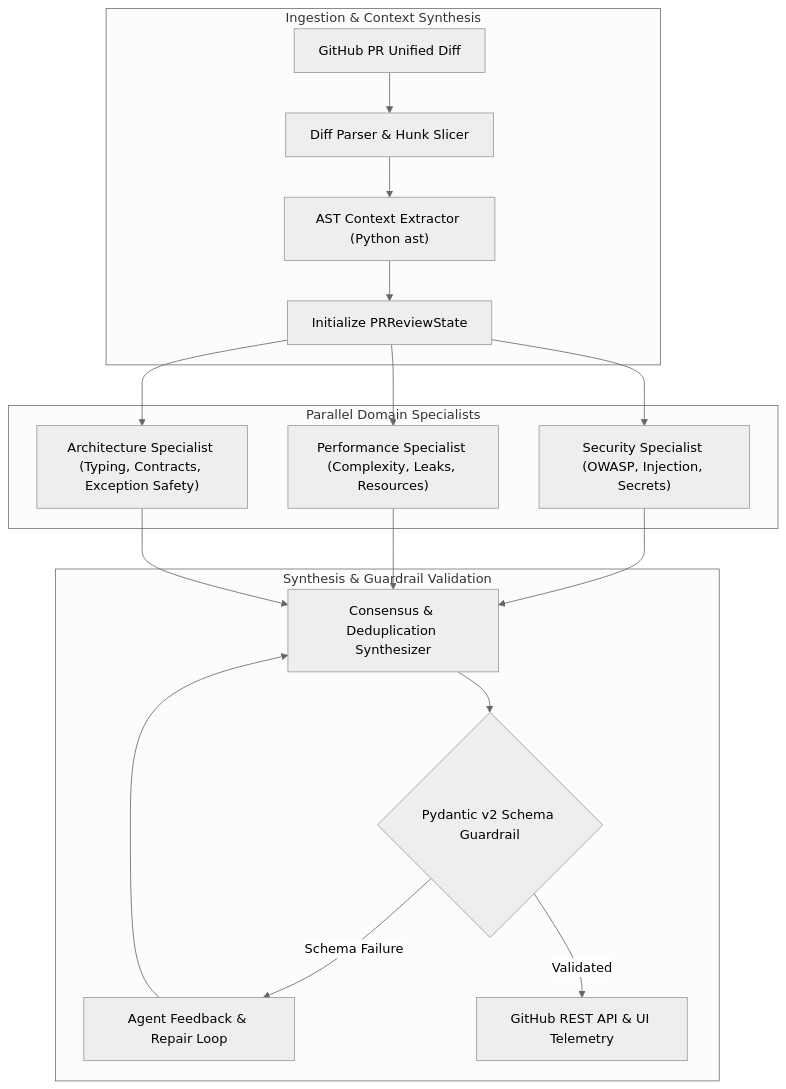
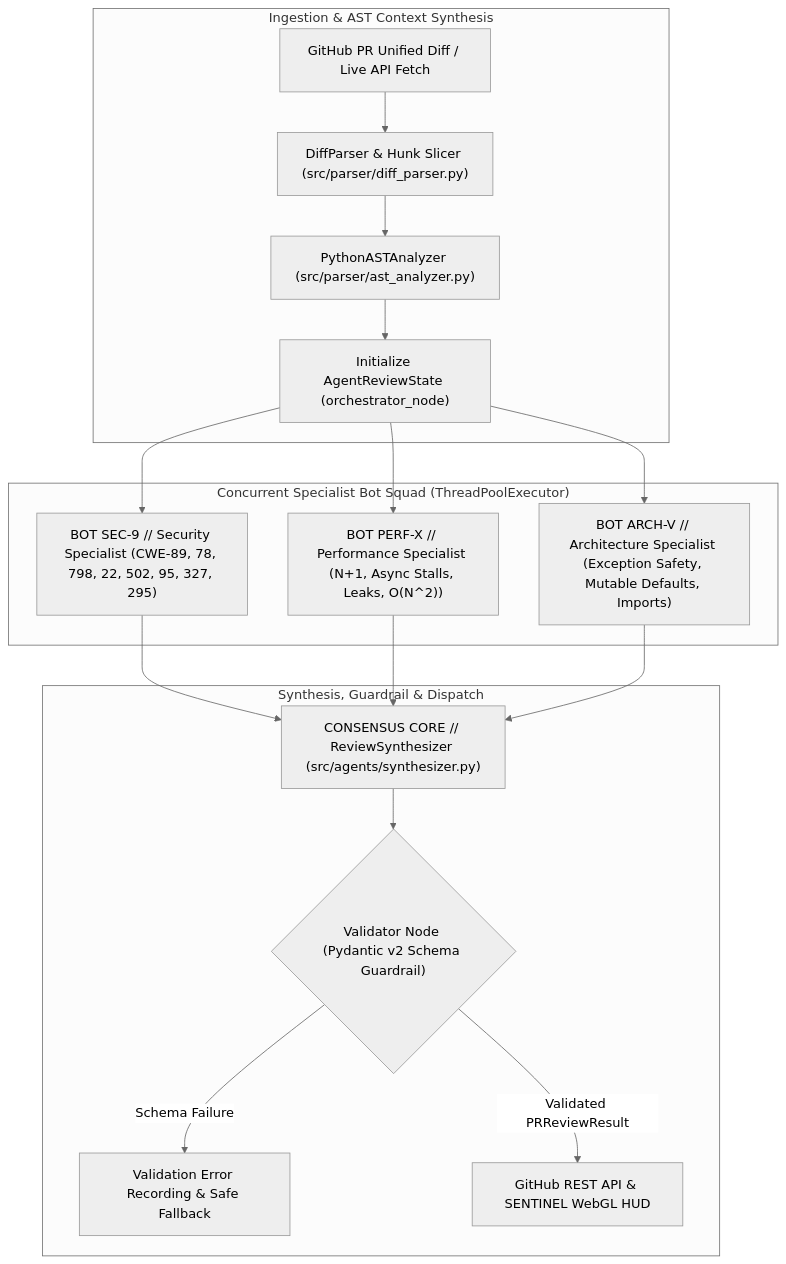
One commit to keshav647/autonomous-pr-reviewer changed the diagram in docs/ARCHITECTURE.md. Above: the diagram before and after it, drawn with Mermaid (neutral theme). The commit also changed other lines of this file and 13 other files, not shown here.

Commit message:
feat(core): SENTINEL tactical HUD UI, dual-port server, AST-guided specialist review & live GitHub PR routes

````diff
--- a/docs/ARCHITECTURE.md
+++ b/docs/ARCHITECTURE.md
@@ -11,24 +11,23 @@
 ```mermaid
 flowchart TD
-    subgraph Ingestion["Ingestion & Context Synthesis"]
-        PR["GitHub PR Unified Diff"] --> DP["Diff Parser & Hunk Slicer"]
-        DP --> AST["AST Context Extractor (Python ast)"]
-        AST --> STATE["Initialize PRReviewState"]
+    subgraph Ingestion["Ingestion & AST Context Synthesis"]
+        PR["GitHub PR Unified Diff / Live API Fetch"] --> DP["DiffParser & Hunk Slicer (src/parser/diff_parser.py)"]
+        DP --> AST["PythonASTAnalyzer (src/parser/ast_analyzer.py)"]
+        AST --> STATE["Initialize AgentReviewState (orchestrator_node)"]
     end
 
-    subgraph SpecialistLayer["Parallel Domain Specialists"]
-        STATE --> SEC["Security Specialist (OWASP, Injection, Secrets)"]
-        STATE --> PERF["Performance Specialist (Complexity, Leaks, Resources)"]
-        STATE --> ARCH["Architecture Specialist (Typing, Contracts, Exception Safety)"]
+    subgraph SpecialistLayer["Concurrent Specialist Bot Squad (ThreadPoolExecutor)"]
+        STATE --> SEC["BOT SEC-9 // Security Specialist (CWE-89, 78, 798, 22, 502, 95, 327, 295)"]
+        STATE --> PERF["BOT PERF-X // Performance Specialist (N+1, Async Stalls, Leaks, O(N^2))"]
+        STATE --> ARCH["BOT ARCH-V // Architecture Specialist (Exception Safety, Mutable Defaults, Imports)"]
     end
 
-    subgraph ConsensusLayer["Synthesis & Guardrail Validation"]
-        SEC --> SYNTH["Consensus & Deduplication Synthesizer"]
+    subgraph ConsensusLayer["Synthesis, Guardrail & Dispatch"]
+        SEC --> SYNTH["CONSENSUS CORE // ReviewSynthesizer (src/agents/synthesizer.py)"]
         PERF --> SYNTH
         ARCH --> SYNTH
-        SYNTH --> VAL{"Pydantic v2 Schema Guardrail"}
-        VAL -- "Schema Failure" --> REPAIR["Agent Feedback & Repair Loop"]
-        REPAIR --> SYNTH
-        VAL -- "Validated" --> DISPATCH["GitHub REST API & UI Telemetry"]
+        SYNTH --> VAL{"Validator Node (Pydantic v2 Schema Guardrail)"}
+        VAL -- "Schema Failure" --> REPAIR["Validation Error Recording & Safe Fallback"]
+        VAL -- "Validated PRReviewResult" --> DISPATCH["GitHub REST API & SENTINEL WebGL HUD"]
     end
 ```
````
